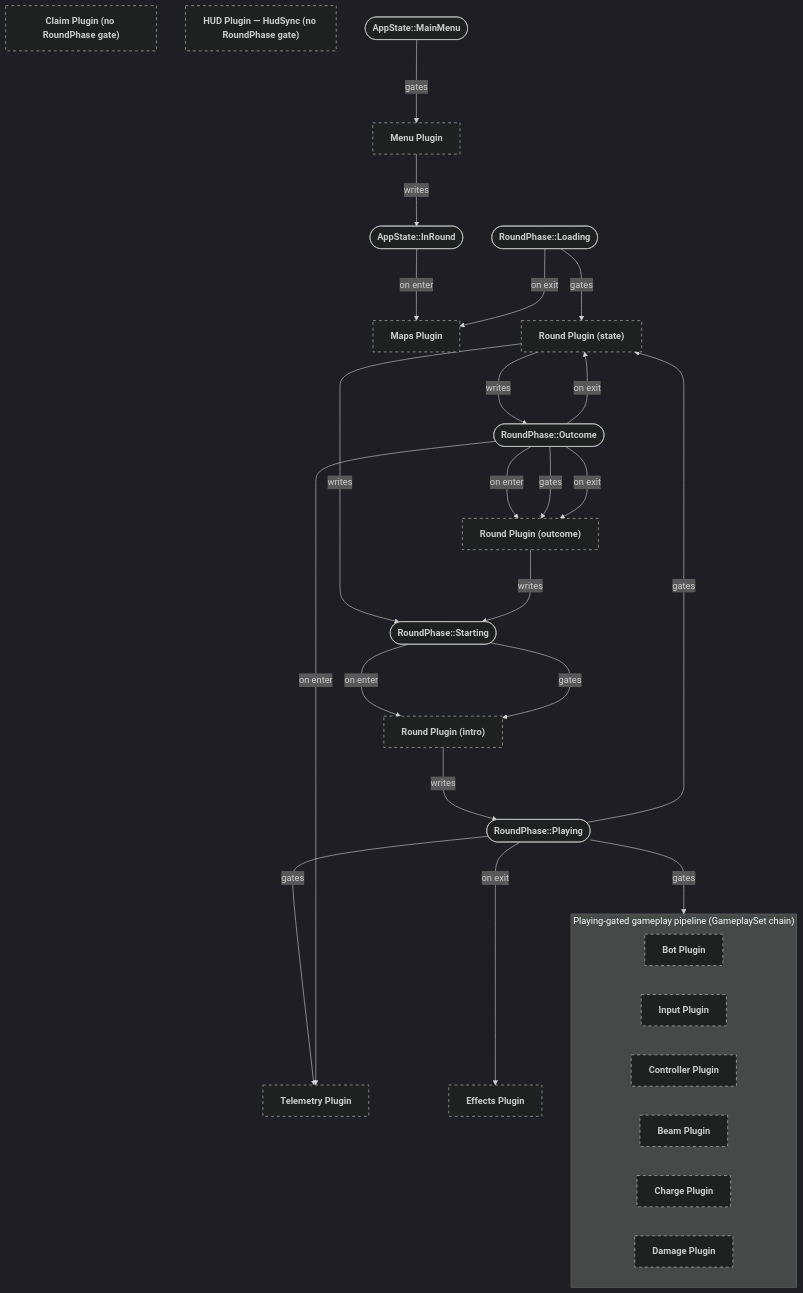
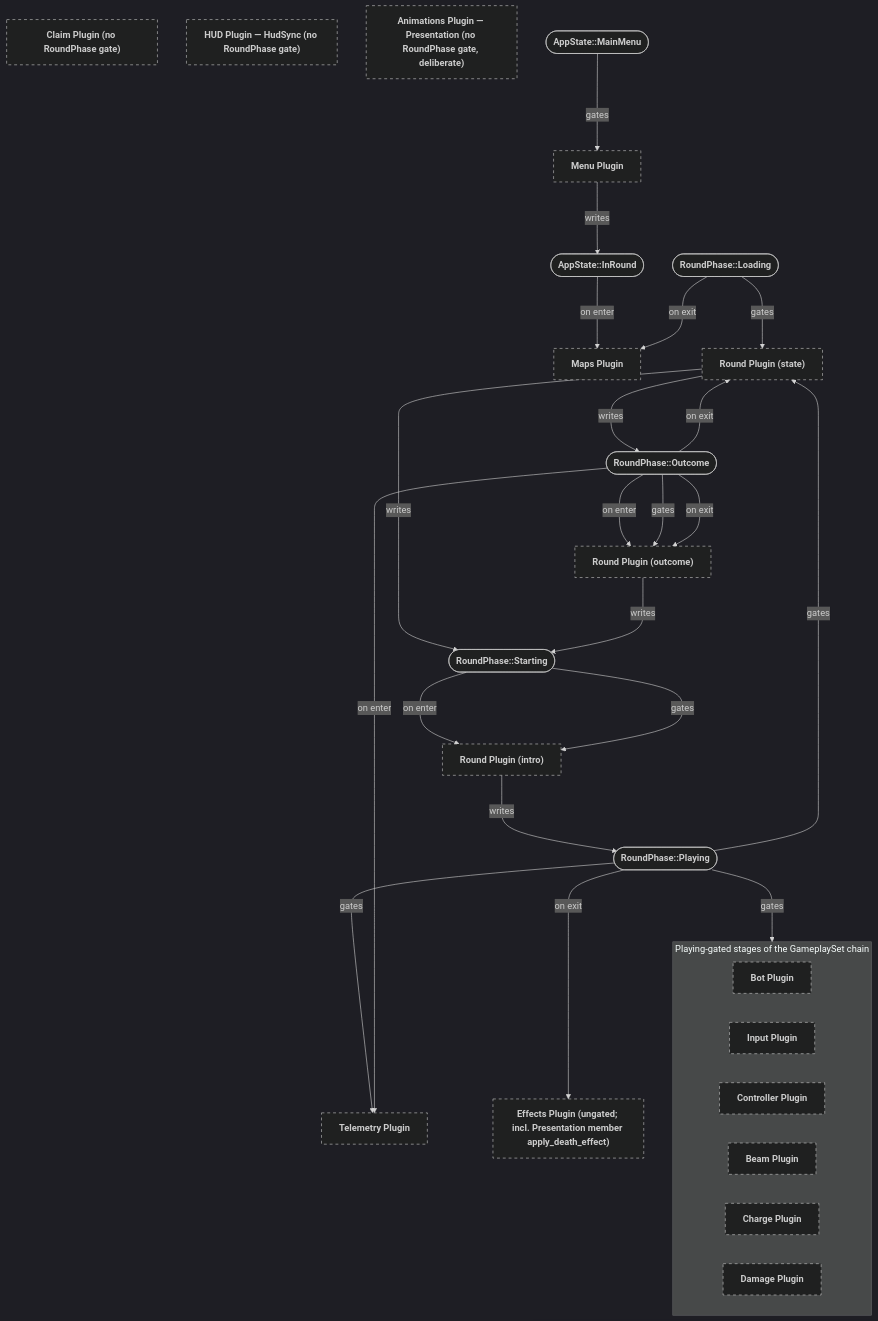
Before and after one commit to neurosoup/tyled: the diagram in backlog/docs/doc-24 - 000-Plugin-state-relationships.md, drawn with Mermaid. The commit also changed other lines of this file and 3 other files, not shown here.

First line of the commit message:
Docs: sync Effects, Animations, and Round plugins to GameplaySet::Presentation

````diff
--- a/backlog/docs/doc-24 - 000-Plugin-state-relationships.md
+++ b/backlog/docs/doc-24 - 000-Plugin-state-relationships.md
@@ -88,67 +89,68 @@
 ```mermaid
 ---
 config:
   theme: dark
 ---
 
 flowchart TD
 classDef system-group stroke-dasharray: 5 5
 
 menu_plugin["`**Menu Plugin**`"]:::system-group
 maps_plugin["`**Maps Plugin**`"]:::system-group
 round_state_plugin["`**Round Plugin (state)**`"]:::system-group
 round_intro_plugin["`**Round Plugin (intro)**`"]:::system-group
 round_outcome_plugin["`**Round Plugin (outcome)**`"]:::system-group
 bot_plugin["`**Bot Plugin**`"]:::system-group
 inputs_plugin["`**Input Plugin**`"]:::system-group
 controller_plugin["`**Controller Plugin**`"]:::system-group
 beam_plugin["`**Beam Plugin**`"]:::system-group
 charge_plugin["`**Charge Plugin**`"]:::system-group
 damage_plugin["`**Damage Plugin**`"]:::system-group
 telemetry_plugin["`**Telemetry Plugin**`"]:::system-group
-effects_plugin["`**Effects Plugin**`"]:::system-group
+effects_plugin["`**Effects Plugin (ungated; incl. Presentation member apply_death_effect)**`"]:::system-group
 claim_plugin["`**Claim Plugin (no RoundPhase gate)**`"]:::system-group
 hud_plugin["`**HUD Plugin — HudSync (no RoundPhase gate)**`"]:::system-group
+animations_plugin["`**Animations Plugin — Presentation (no RoundPhase gate, deliberate)**`"]:::system-group
 
 app_main_menu(["`**AppState::MainMenu**`"])
 app_in_round(["`**AppState::InRound**`"])
 
 phase_loading(["`**RoundPhase::Loading**`"])
 phase_starting(["`**RoundPhase::Starting**`"])
 phase_playing(["`**RoundPhase::Playing**`"])
 phase_outcome(["`**RoundPhase::Outcome**`"])
 
 app_main_menu ---> |gates| menu_plugin
 menu_plugin ---> |writes| app_in_round
 app_in_round ---> |on enter| maps_plugin
 
 phase_loading ---> |gates| round_state_plugin
 round_state_plugin ---> |writes| phase_starting
 phase_loading ---> |on exit| maps_plugin
 
 phase_starting ---> |on enter| round_intro_plugin
 phase_starting ---> |gates| round_intro_plugin
 round_intro_plugin ---> |writes| phase_playing
 
-subgraph pipeline ["Playing-gated gameplay pipeline (GameplaySet chain)"]
+subgraph pipeline ["Playing-gated stages of the GameplaySet chain"]
   bot_plugin
   inputs_plugin
   controller_plugin
   beam_plugin
   charge_plugin
   damage_plugin
 end
 
 phase_playing ---> |gates| pipeline
 phase_playing ---> |gates| round_state_plugin
 round_state_plugin ---> |writes| phase_outcome
 phase_playing ---> |gates| telemetry_plugin
 phase_playing ---> |on exit| effects_plugin
 
 phase_outcome ---> |on enter| round_outcome_plugin
 phase_outcome ---> |gates| round_outcome_plugin
 phase_outcome ---> |on enter| telemetry_plugin
 phase_outcome ---> |on exit| round_state_plugin
 phase_outcome ---> |on exit| round_outcome_plugin
 round_outcome_plugin ---> |writes| phase_starting
 ```
````
